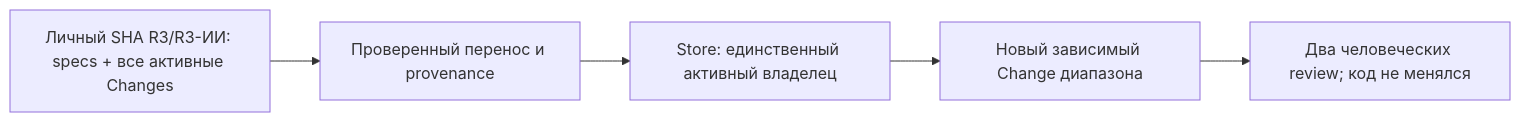
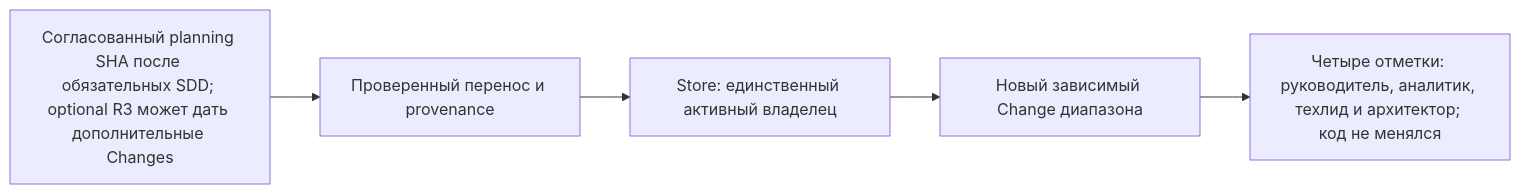
Before and after one commit to apolenkov/ai-pdlc-learning-stage-4-requirements: the diagram in docs/architecture/openspec-store-workset.md, drawn with Mermaid. The commit also changed other lines of this file and 11 other files, not shown here.

````diff
--- a/docs/architecture/openspec-store-workset.md
+++ b/docs/architecture/openspec-store-workset.md
@@ -15,7 +15,7 @@
 ```mermaid
 flowchart LR
-  R3["Личный SHA R3/R3-ИИ: specs + все активные Changes"] --> V["Проверенный перенос и provenance"]
+  SDD["Согласованный planning SHA после обязательных SDD; optional R3 может дать дополнительные Changes"] --> V["Проверенный перенос и provenance"]
   V --> S["Store: единственный активный владелец"]
   S --> C["Новый зависимый Change диапазона"]
-  C --> H["Два человеческих review; код не менялся"]
+  C --> H["Четыре отметки: руководитель, аналитик, техлид и архитектор; код не менялся"]
 ```
````
